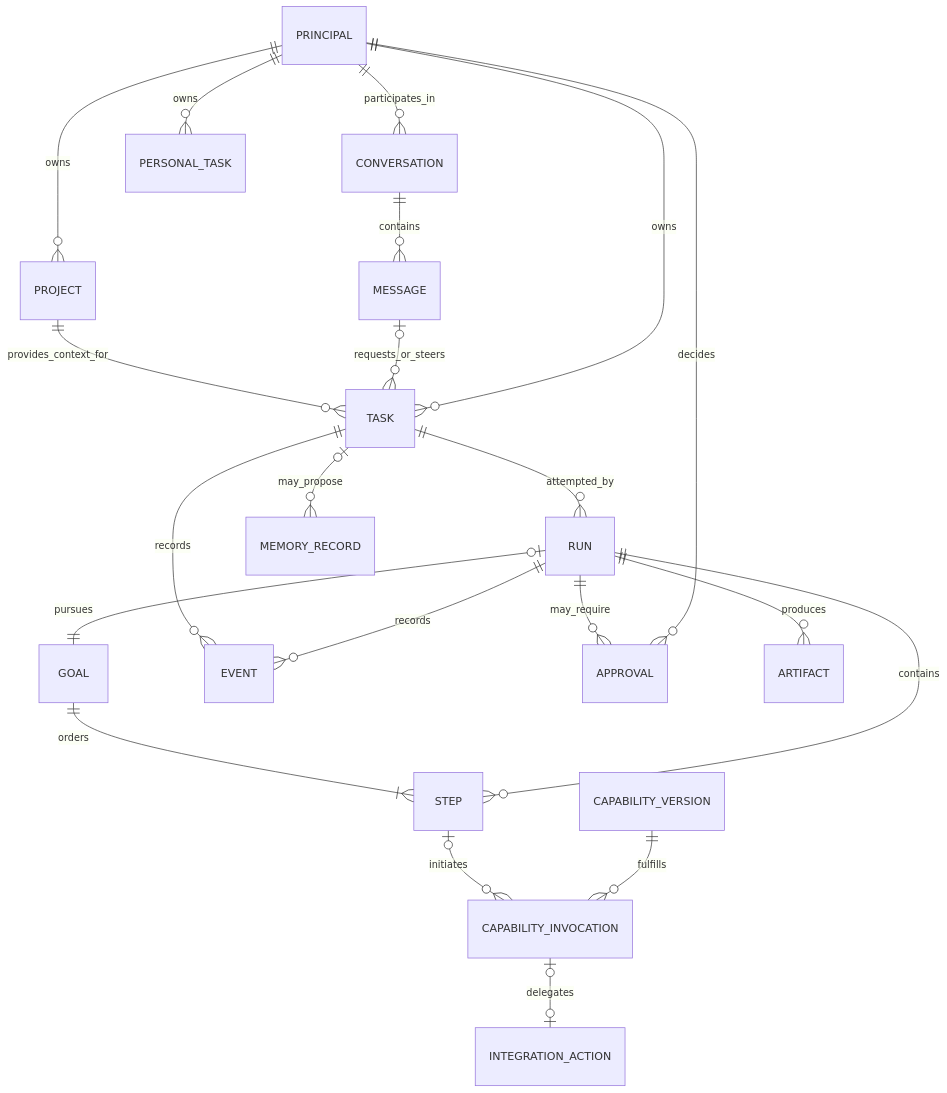
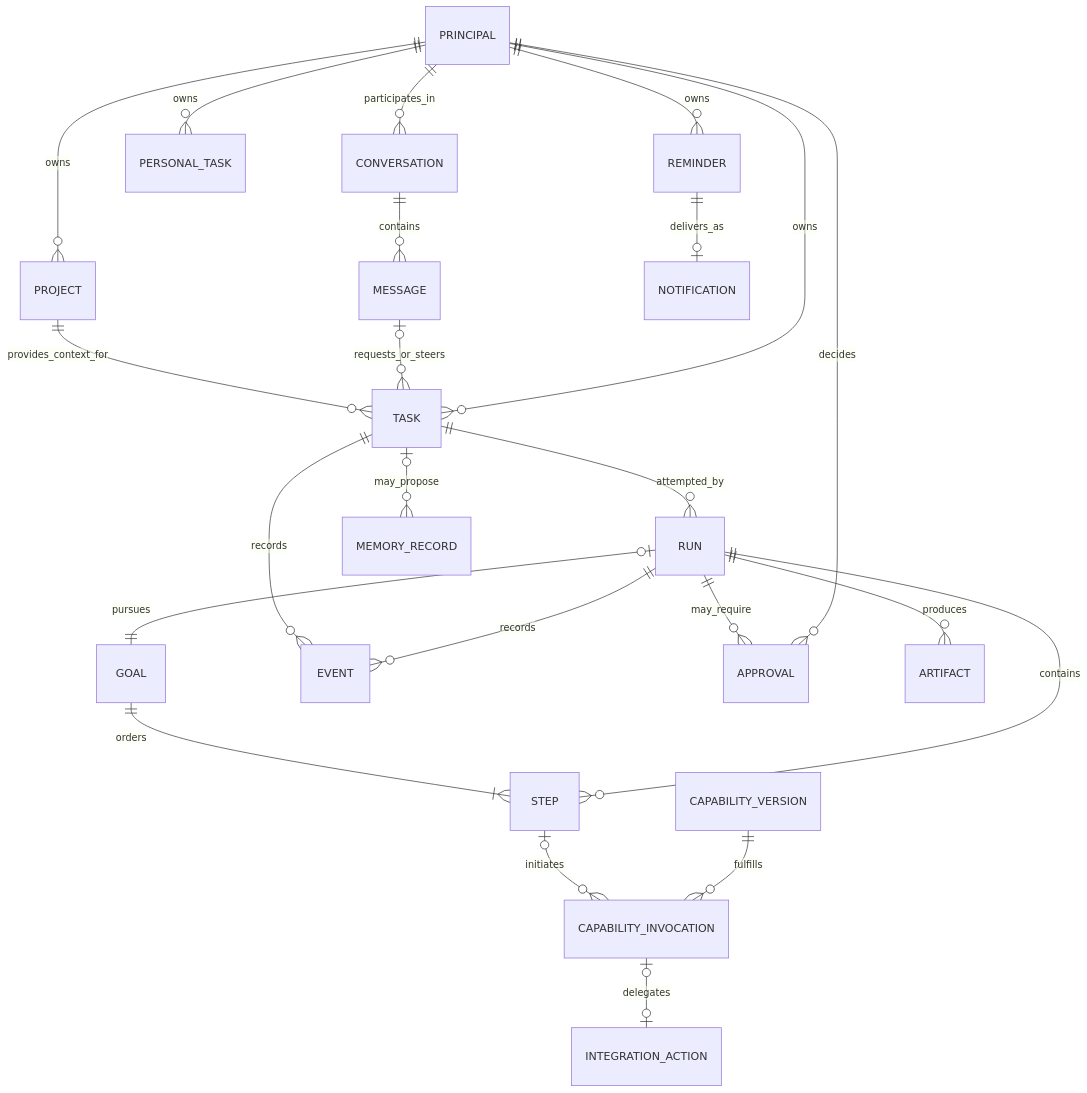
Before and after one commit to 4romgod/vera: the first of 3 diagrams in docs/domain-model.md, drawn with Mermaid. The commit also changed other lines of this file and 58 other files, not shown here.

````diff
--- a/docs/domain-model.md
+++ b/docs/domain-model.md
@@ -30,23 +30,25 @@
 ```mermaid
 erDiagram
     PRINCIPAL ||--o{ CONVERSATION : participates_in
     PRINCIPAL ||--o{ PROJECT : owns
     PROJECT ||--o{ TASK : provides_context_for
     CONVERSATION ||--o{ MESSAGE : contains
     MESSAGE o|--o{ TASK : requests_or_steers
     PRINCIPAL ||--o{ TASK : owns
     PRINCIPAL ||--o{ PERSONAL_TASK : owns
+    PRINCIPAL ||--o{ REMINDER : owns
+    REMINDER ||--o| NOTIFICATION : delivers_as
     TASK ||--o{ RUN : attempted_by
     RUN o|--|| GOAL : pursues
     GOAL ||--|{ STEP : orders
     RUN ||--o{ STEP : contains
     STEP o|--o{ CAPABILITY_INVOCATION : initiates
     CAPABILITY_INVOCATION o|--o| INTEGRATION_ACTION : delegates
     CAPABILITY_VERSION ||--o{ CAPABILITY_INVOCATION : fulfills
     TASK ||--o{ EVENT : records
     RUN ||--o{ EVENT : records
     RUN ||--o{ APPROVAL : may_require
     RUN ||--o{ ARTIFACT : produces
     PRINCIPAL ||--o{ APPROVAL : decides
     TASK o|--o{ MEMORY_RECORD : may_propose
 ```
````
